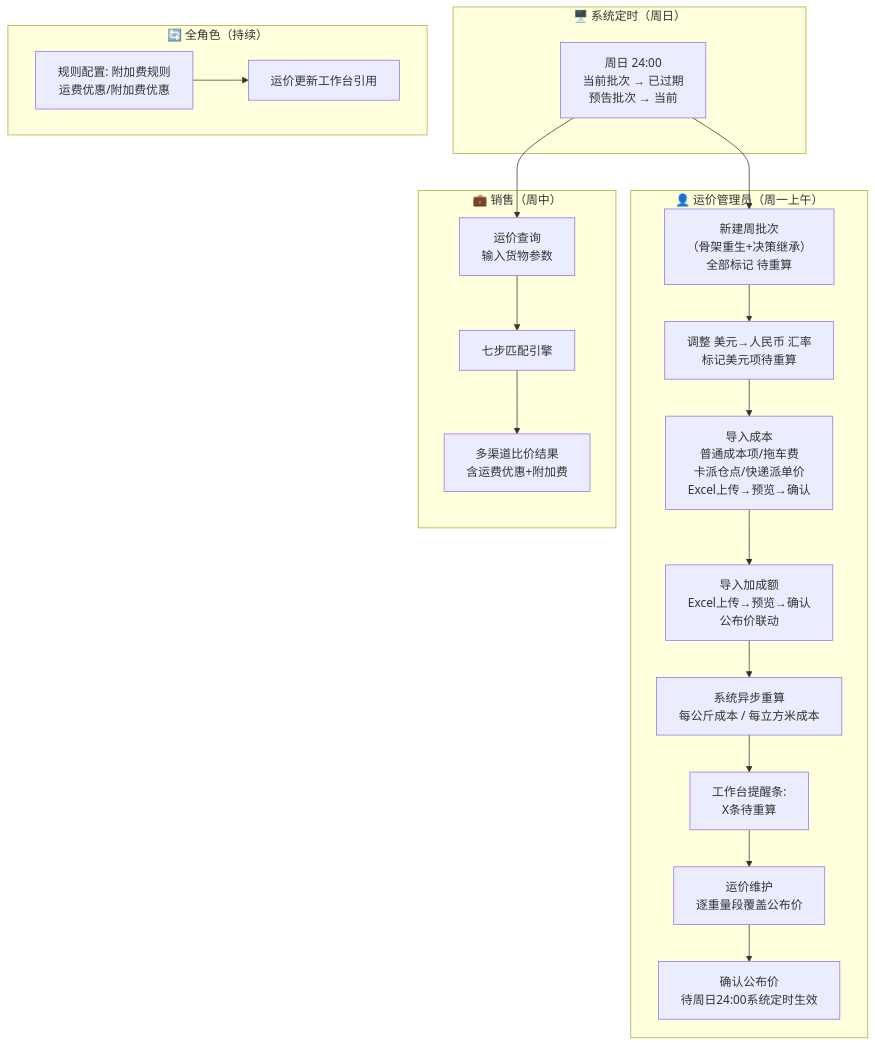
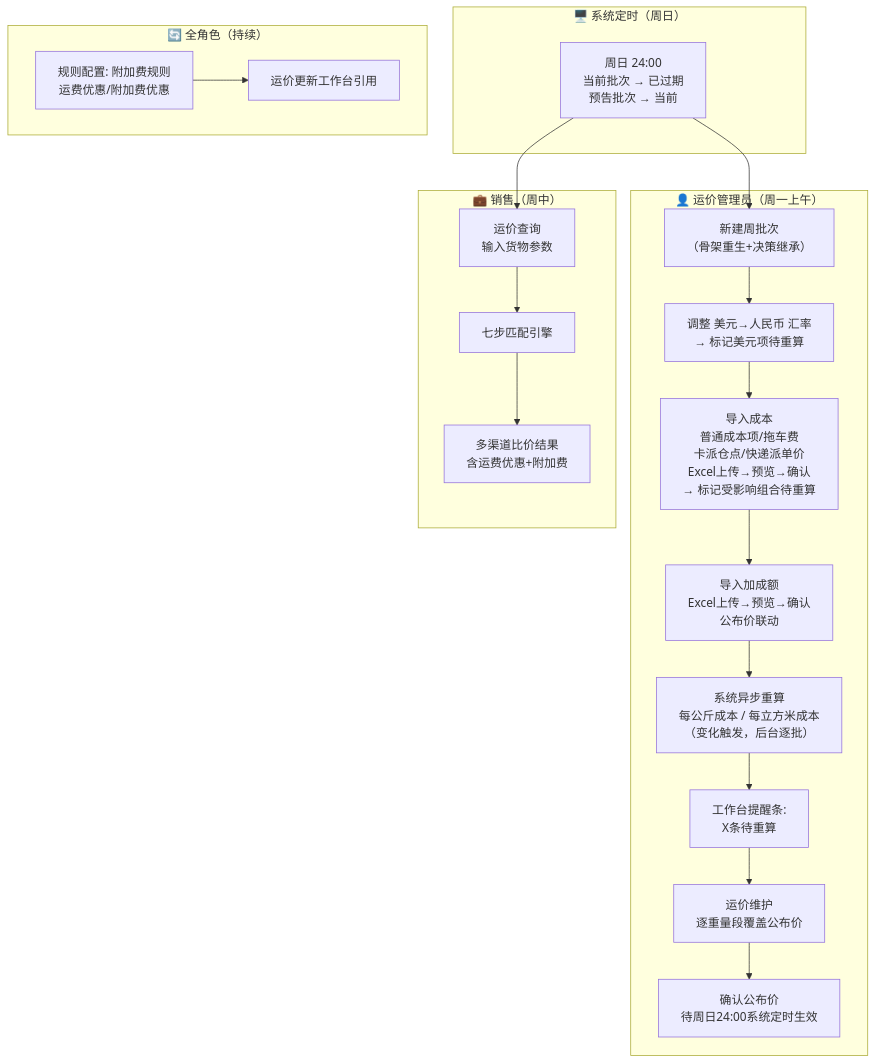
The first of 2 diagrams in 0-产品经理使用IDE/drafts/超级运价/2026-09-23-用户需求.md (zhangwen960722/luna-daily), drawn with Mermaid before and after one commit. The commit also changed other lines of this file and 44 other files, not shown here.

````diff
--- a/0-产品经理使用IDE/drafts/超级运价/2026-09-23-用户需求.md
+++ b/0-产品经理使用IDE/drafts/超级运价/2026-09-23-用户需求.md
@@ -103,28 +105,28 @@
 ```mermaid
 flowchart TD
     subgraph 泳道一_系统定时["🖥️ 系统定时（周日）"]
         S1[周日 24:00<br>当前批次 → 已过期<br>预告批次 → 当前]
     end
 
     subgraph 泳道二_运价管理员["👤 运价管理员（周一上午）"]
-        M1[新建周批次<br>（骨架重生+决策继承）<br>全部标记 待重算] --> M2[调整 美元→人民币 汇率<br>标记美元项待重算]
-        M2 --> M3[导入成本<br>普通成本项/拖车费<br>卡派仓点/快递派单价<br>Excel上传→预览→确认]
+        M1[新建周批次<br>（骨架重生+决策继承）] --> M2[调整 美元→人民币 汇率<br>→ 标记美元项待重算]
+        M2 --> M3[导入成本<br>普通成本项/拖车费<br>卡派仓点/快递派单价<br>Excel上传→预览→确认<br>→ 标记受影响组合待重算]
         M3 --> M3b[导入加成额<br>Excel上传→预览→确认<br>公布价联动]
-        M3b --> M7[系统异步重算<br>每公斤成本 / 每立方米成本]
+        M3b --> M7[系统异步重算<br>每公斤成本 / 每立方米成本<br>（变化触发，后台逐批）]
         M7 --> M8[工作台提醒条:<br>X条待重算]
         M8 --> M9[运价维护<br>逐重量段覆盖公布价]
         M9 --> M10[确认公布价<br>待周日24:00系统定时生效]
     end
 
     subgraph 泳道三_销售["💼 销售（周中）"]
         T1[运价查询<br>输入货物参数] --> T2[七步匹配引擎]
         T2 --> T3[多渠道比价结果<br>含运费优惠+附加费]
     end
 
     subgraph 泳道四_全角色持续["🔄 全角色（持续）"]
         A1[规则配置: 附加费规则<br>运费优惠/附加费优惠] --> A2[运价更新工作台引用]
     end
 
     S1 --> M1
     S1 --> T1
 ```
````
